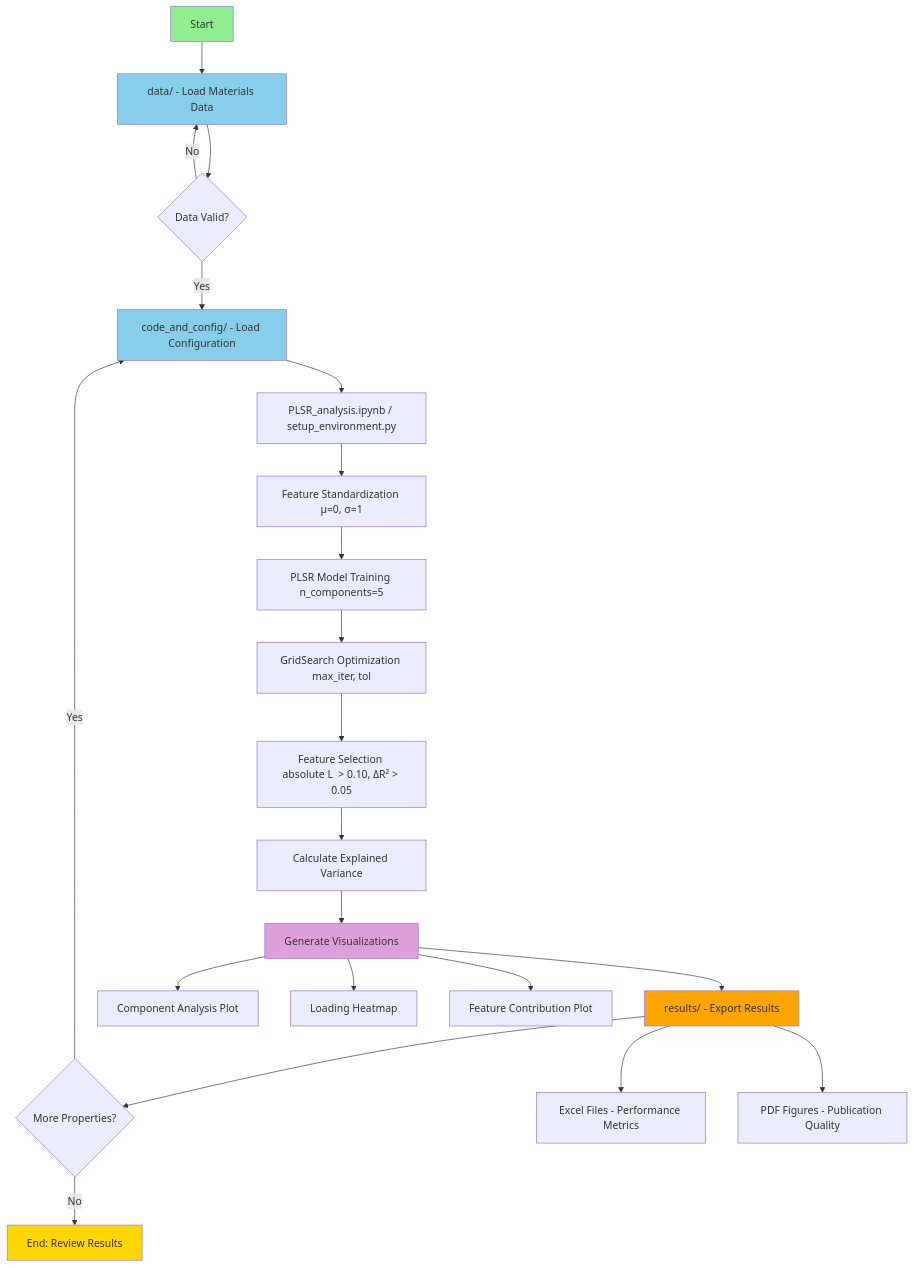
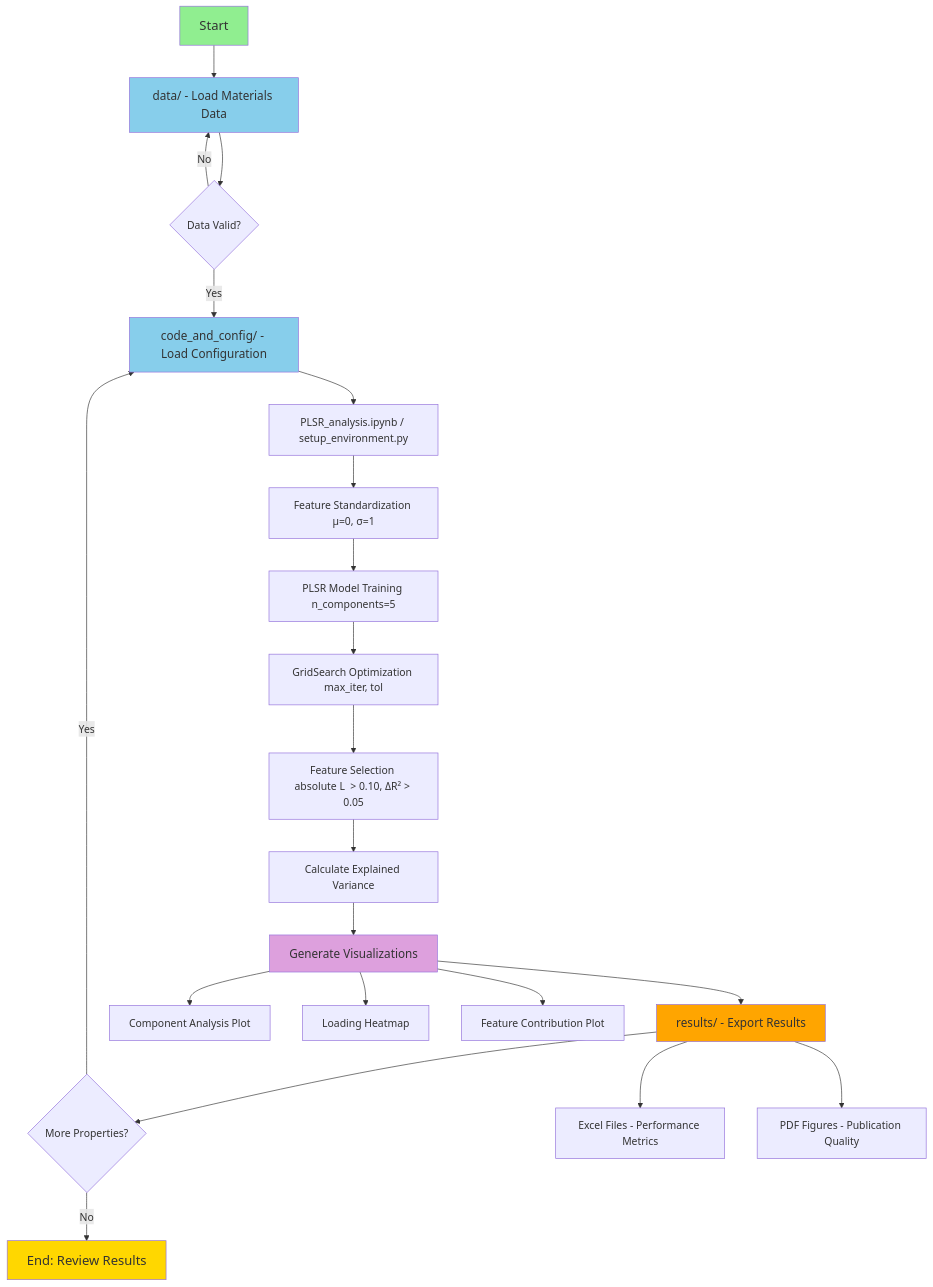
Before and after one commit to Shaswat-qm-researcher/Physics-Informed-Symbolic-Regression-for-Phonon-Related-Property-Prediction-and-Materials-Discovery: the diagram in plsr_feature_selection/README.md, drawn with Mermaid.

````diff
--- a/plsr_feature_selection/README.md
+++ b/plsr_feature_selection/README.md
@@ -24,32 +24,32 @@
 ```mermaid
 flowchart TD
     A[Start] --> B[data/ - Load Materials Data]
     B --> C{Data Valid?}
     C -->|No| B
     C -->|Yes| D[code_and_config/ - Load Configuration]
     D --> E[PLSR_analysis.ipynb / setup_environment.py]
     E --> F[Feature Standardization μ=0, σ=1]
     F --> G[PLSR Model Training n_components=5]
     G --> H[GridSearch Optimization max_iter, tol]
     H --> I[Feature Selection absolute L  > 0.10, ΔR² > 0.05]
     I --> J[Calculate Explained Variance]
     J --> K[Generate Visualizations]
     K --> L[results/ - Export Results]
     L --> M{More Properties?}
     M -->|Yes| D
     M -->|No| N[End: Review Results]
     
     K --> K1[Component Analysis Plot]
     K --> K2[Loading Heatmap]
     K --> K3[Feature Contribution Plot]
     
     L --> L1[Excel Files - Performance Metrics]
     L --> L2[PDF Figures - Publication Quality]
-    
-    style A fill:#90EE90
-    style N fill:#FFD700
-    style B fill:#87CEEB
-    style D fill:#87CEEB
-    style L fill:#FFA500
-    style K fill:#DDA0DD
+
+style A fill:#90EE90, font-size:20px
+style N fill:#FFD700, font-size:20px
+style B fill:#87CEEB, font-size:18px
+style D fill:#87CEEB, font-size:18px
+style L fill:#FFA500, font-size:18px
+style K fill:#DDA0DD, font-size:18px
 ```
````
